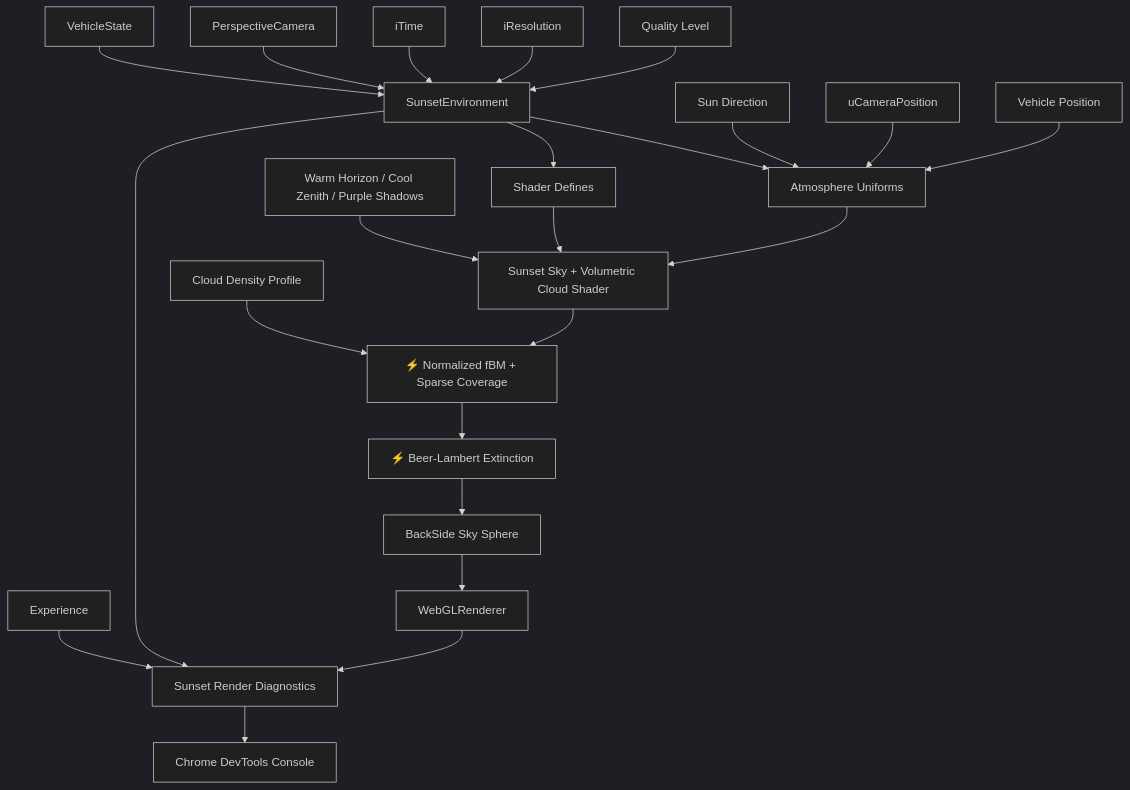
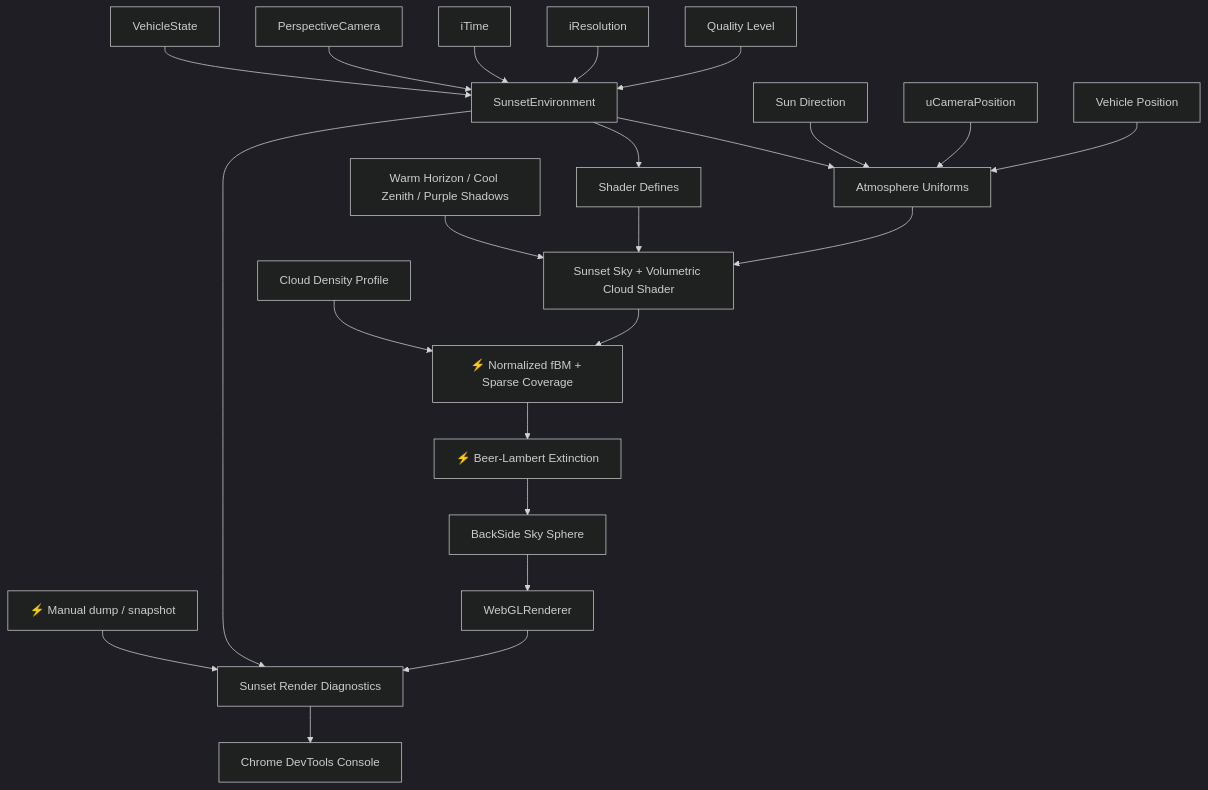
One commit to 64n-goxutech/shader-roam changed the first of 2 diagrams in docs/architecture/volumetric-clouds/README.md. Above: the diagram before and after it, drawn with Mermaid (dark theme). The commit also changed other lines of this file and 17 other files, not shown here.

````diff
--- a/docs/architecture/volumetric-clouds/README.md
+++ b/docs/architecture/volumetric-clouds/README.md
@@ -5,29 +5,29 @@
 ```mermaid
 graph TB
     %% 🆕 新增  ⚡ 修改
     VehicleState[VehicleState] --> SunsetEnvironment[SunsetEnvironment]
     Camera[PerspectiveCamera] --> SunsetEnvironment
     Time[iTime] --> SunsetEnvironment
     Resolution[iResolution] --> SunsetEnvironment
     Quality[Quality Level] --> SunsetEnvironment
 
     SunsetEnvironment --> Uniforms[Atmosphere Uniforms]
     SunsetEnvironment --> Defines[Shader Defines]
     SunsetPalette[Warm Horizon / Cool Zenith / Purple Shadows] --> SunsetShader
     DensityProfile[Cloud Density Profile] --> NormalizedDensity[⚡ Normalized fBM + Sparse Coverage]
     Defines --> SunsetShader
     Uniforms --> SunsetShader[Sunset Sky + Volumetric Cloud Shader]
     SunsetShader --> NormalizedDensity
     NormalizedDensity --> Extinction[⚡ Beer-Lambert Extinction]
     Extinction --> SkySphere[BackSide Sky Sphere]
     SkySphere --> Renderer[WebGLRenderer]
 
-    Experience --> RenderDiagnostics[Sunset Render Diagnostics]
+    ManualDebugAPI[⚡ Manual dump / snapshot] --> RenderDiagnostics[Sunset Render Diagnostics]
     SunsetEnvironment --> RenderDiagnostics
     Renderer --> RenderDiagnostics
     RenderDiagnostics --> Console[Chrome DevTools Console]
 
     SunDirection[Sun Direction] --> Uniforms
     CameraPosition[uCameraPosition] --> Uniforms
     VehiclePosition[Vehicle Position] --> Uniforms
 ```
````
